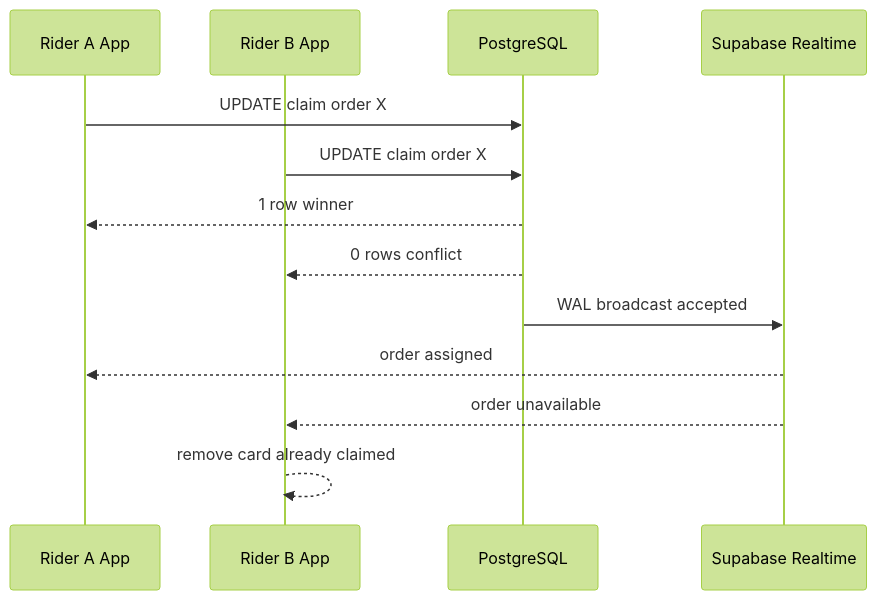
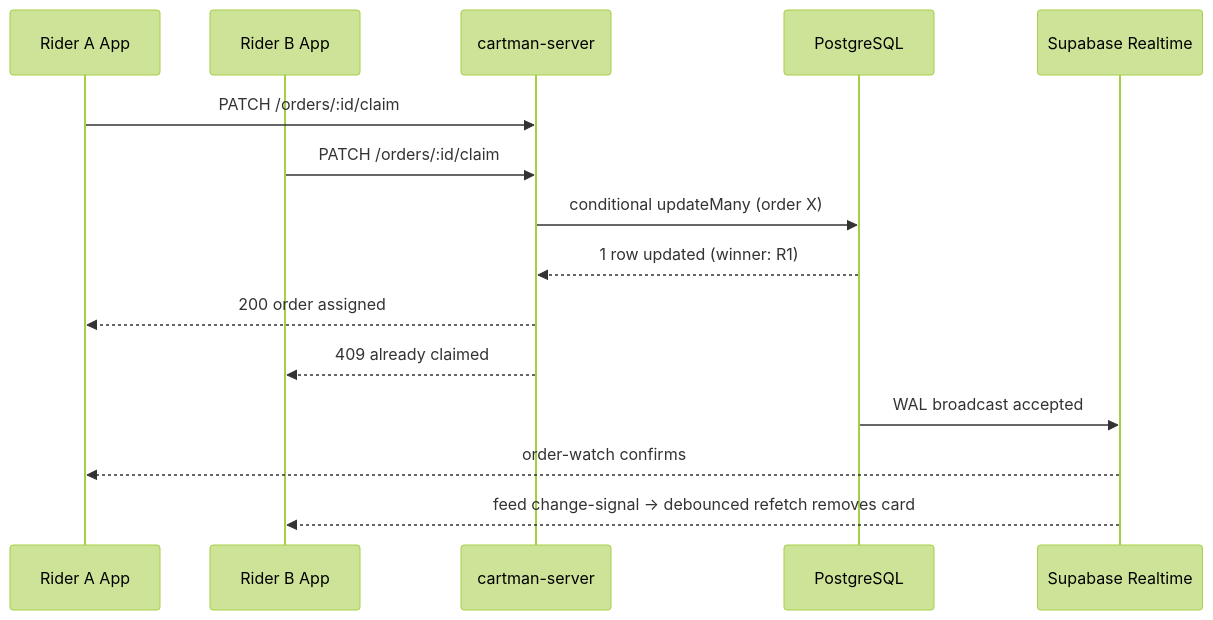
Before and after one commit to xzen-projects/cartman-ph-docs: the seventh of 13 diagrams in docs/breakdown/flows.md, drawn with Mermaid (forest theme). The commit also changed other lines of this file and 3 other files, not shown here.

First line of the commit message:
docs: mirror architecture reconciliation into breakdown docs

````diff
--- a/docs/breakdown/flows.md
+++ b/docs/breakdown/flows.md
@@ -236,16 +202,18 @@
 ```mermaid
 sequenceDiagram
   participant R1 as Rider A App
   participant R2 as Rider B App
+  participant Server as cartman-server
   participant DB as PostgreSQL
   participant RT as Supabase Realtime
 
-  R1->>DB: UPDATE claim order X
-  R2->>DB: UPDATE claim order X
-  DB-->>R1: 1 row winner
-  DB-->>R2: 0 rows conflict
+  R1->>Server: PATCH /orders/:id/claim
+  R2->>Server: PATCH /orders/:id/claim
+  Server->>DB: conditional updateMany (order X)
+  DB-->>Server: 1 row updated (winner: R1)
+  Server-->>R1: 200 order assigned
+  Server-->>R2: 409 already claimed
   DB->>RT: WAL broadcast accepted
-  RT-->>R1: order assigned
-  RT-->>R2: order unavailable
-  R2-->>R2: remove card already claimed
+  RT-->>R1: order-watch confirms
+  RT-->>R2: feed change-signal → debounced refetch removes card
 ```
````
